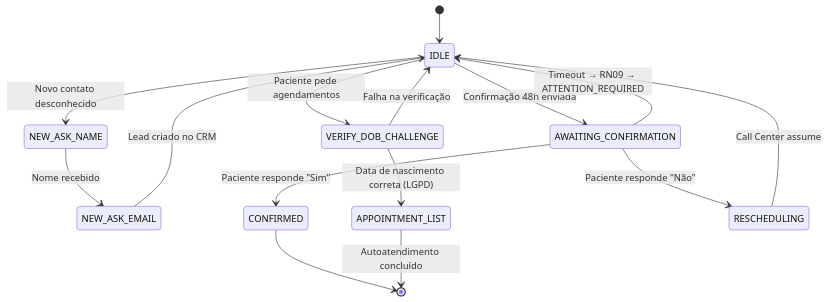
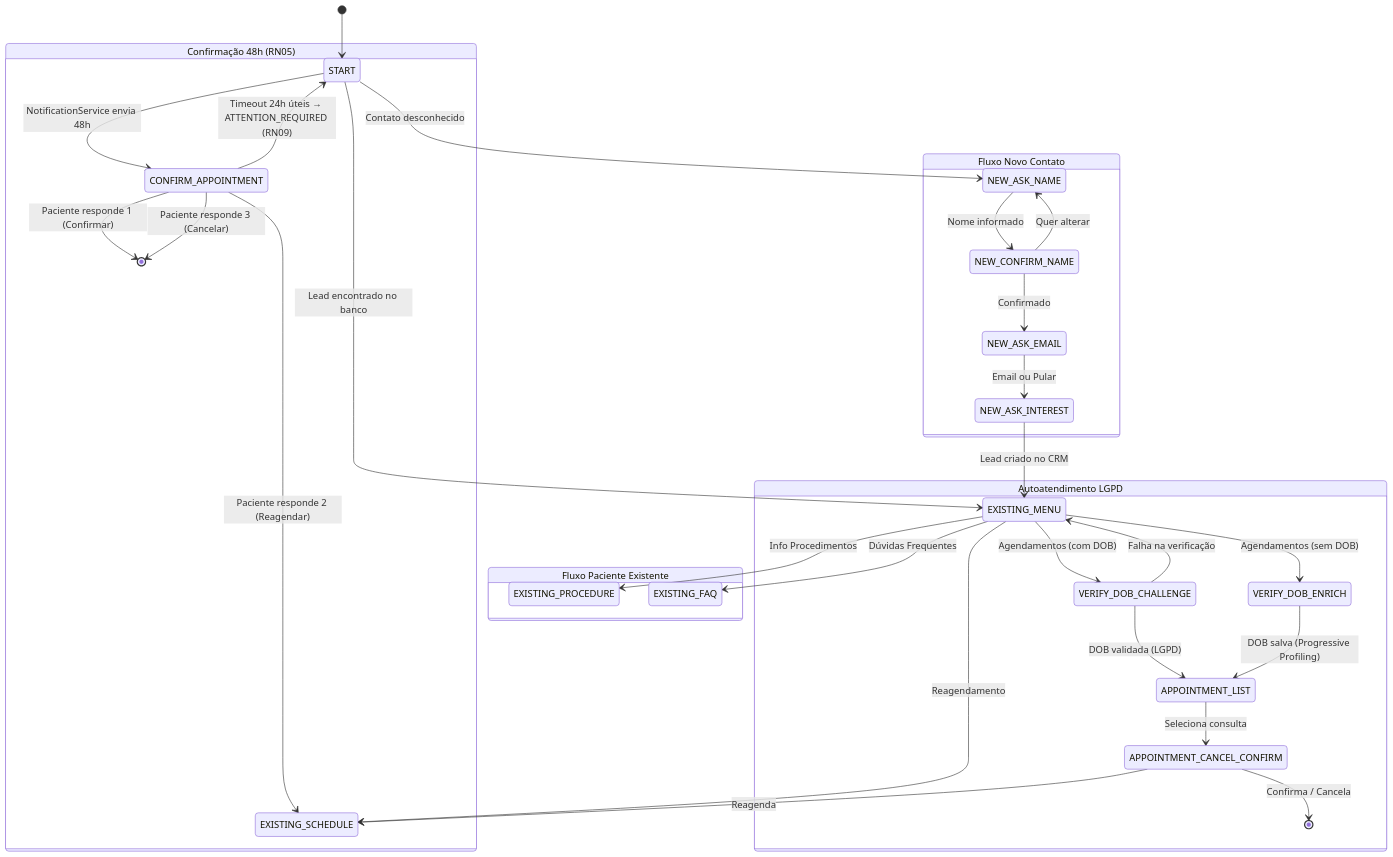
One commit to GrupoMoskitto/Challenge-2026 changed the first of 2 diagrams in docs/features/whatsapp-automation.md. Above: the diagram before and after it, drawn with Mermaid. The commit also changed other lines of this file and 7 other files, not shown here.

````diff
--- a/docs/features/whatsapp-automation.md
+++ b/docs/features/whatsapp-automation.md
@@ -20,21 +20,39 @@
 ```mermaid
 stateDiagram-v2
-    [*] --> IDLE
+    [*] --> START
 
-    IDLE --> NEW_ASK_NAME: Novo contato desconhecido
-    NEW_ASK_NAME --> NEW_ASK_EMAIL: Nome recebido
-    NEW_ASK_EMAIL --> IDLE: Lead criado no CRM
+    state "Fluxo Novo Contato" as new_flow {
+        START --> NEW_ASK_NAME: Contato desconhecido
+        NEW_ASK_NAME --> NEW_CONFIRM_NAME: Nome informado
+        NEW_CONFIRM_NAME --> NEW_ASK_EMAIL: Confirmado
+        NEW_CONFIRM_NAME --> NEW_ASK_NAME: Quer alterar
+        NEW_ASK_EMAIL --> NEW_ASK_INTEREST: Email ou Pular
+        NEW_ASK_INTEREST --> EXISTING_MENU: Lead criado no CRM
+    }
 
-    IDLE --> VERIFY_DOB_CHALLENGE: Paciente pede agendamentos
-    VERIFY_DOB_CHALLENGE --> APPOINTMENT_LIST: Data de nascimento correta (LGPD)
-    VERIFY_DOB_CHALLENGE --> IDLE: Falha na verificação
+    state "Fluxo Paciente Existente" as existing_flow {
+        START --> EXISTING_MENU: Lead encontrado no banco
+        EXISTING_MENU --> VERIFY_DOB_CHALLENGE: Agendamentos (com DOB)
+        EXISTING_MENU --> VERIFY_DOB_ENRICH: Agendamentos (sem DOB)
+        EXISTING_MENU --> EXISTING_SCHEDULE: Reagendamento
+        EXISTING_MENU --> EXISTING_PROCEDURE: Info Procedimentos
+        EXISTING_MENU --> EXISTING_FAQ: Dúvidas Frequentes
+    }
 
-    IDLE --> AWAITING_CONFIRMATION: Confirmação 48h enviada
-    AWAITING_CONFIRMATION --> CONFIRMED: Paciente responde "Sim"
-    AWAITING_CONFIRMATION --> RESCHEDULING: Paciente responde "Não"
-    AWAITING_CONFIRMATION --> IDLE: Timeout → RN09 → ATTENTION_REQUIRED
+    state "Autoatendimento LGPD" as lgpd_flow {
+        VERIFY_DOB_CHALLENGE --> APPOINTMENT_LIST: DOB validada (LGPD)
+        VERIFY_DOB_ENRICH --> APPOINTMENT_LIST: DOB salva (Progressive Profiling)
+        VERIFY_DOB_CHALLENGE --> EXISTING_MENU: Falha na verificação
+        APPOINTMENT_LIST --> APPOINTMENT_CANCEL_CONFIRM: Seleciona consulta
+        APPOINTMENT_CANCEL_CONFIRM --> [*]: Confirma / Cancela
+        APPOINTMENT_CANCEL_CONFIRM --> EXISTING_SCHEDULE: Reagenda
+    }
 
-    CONFIRMED --> [*]
-    RESCHEDULING --> IDLE: Call Center assume
-    APPOINTMENT_LIST --> [*]: Autoatendimento concluído
+    state "Confirmação 48h (RN05)" as confirm_flow {
+        START --> CONFIRM_APPOINTMENT: NotificationService envia 48h
+        CONFIRM_APPOINTMENT --> [*]: Paciente responde 1 (Confirmar)
+        CONFIRM_APPOINTMENT --> EXISTING_SCHEDULE: Paciente responde 2 (Reagendar)
+        CONFIRM_APPOINTMENT --> [*]: Paciente responde 3 (Cancelar)
+        CONFIRM_APPOINTMENT --> START: Timeout 24h úteis → ATTENTION_REQUIRED (RN09)
+    }
 ```
````
